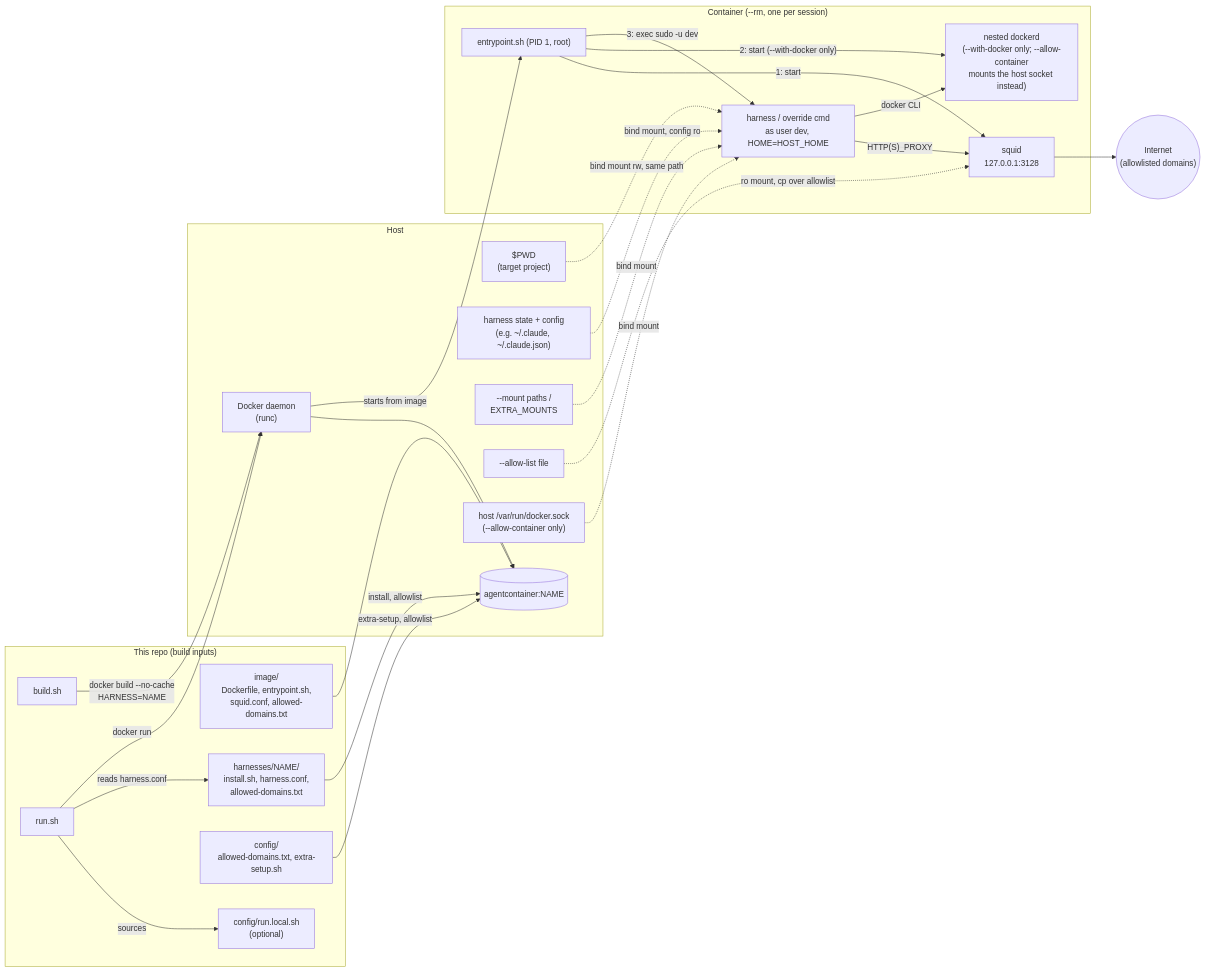
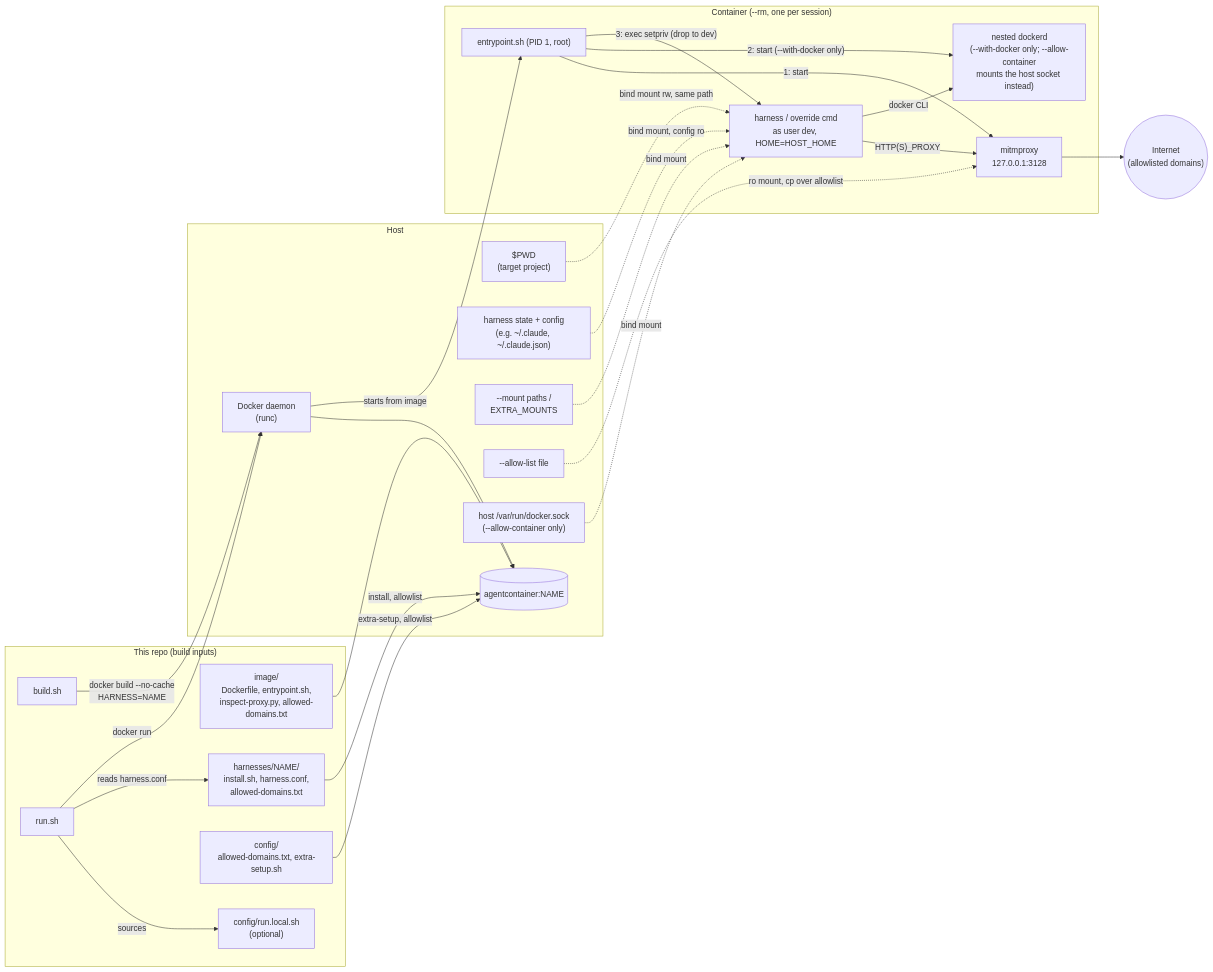
One commit to WildDogOne/Agent-Container changed the diagram in README.md. Above: the diagram before and after it, drawn with Mermaid. The commit also changed other lines of this file and 29 other files, not shown here.

````diff
--- a/README.md
+++ b/README.md
@@ -197,52 +203,52 @@
 ```mermaid
 flowchart LR
     subgraph repo["This repo (build inputs)"]
         buildsh["build.sh"]
-        image_dir["image/<br/>Dockerfile, entrypoint.sh,<br/>squid.conf, allowed-domains.txt"]
+        image_dir["image/<br/>Dockerfile, entrypoint.sh,<br/>inspect-proxy.py, allowed-domains.txt"]
         harness_dir["harnesses/NAME/<br/>install.sh, harness.conf,<br/>allowed-domains.txt"]
         config_dir["config/<br/>allowed-domains.txt, extra-setup.sh"]
         runsh["run.sh"]
         runlocal["config/run.local.sh<br/>(optional)"]
     end
 
     subgraph host["Host"]
         pwd["$PWD<br/>(target project)"]
         harnesscfg["harness state + config<br/>(e.g. ~/.claude, ~/.claude.json)"]
         extramounts["--mount paths /<br/>EXTRA_MOUNTS"]
         allowoverride["--allow-list file"]
         hostsock["host /var/run/docker.sock<br/>(--allow-container only)"]
         dockerd_host["Docker daemon<br/>(runc)"]
         image[("agentcontainer:NAME")]
     end
 
     subgraph ctr["Container (--rm, one per session)"]
         pid1["entrypoint.sh (PID 1, root)"]
-        squid["squid<br/>127.0.0.1:3128"]
+        proxy["mitmproxy<br/>127.0.0.1:3128"]
         innerdockerd["nested dockerd<br/>(--with-docker only; --allow-container<br/>mounts the host socket instead)"]
         devcmd["harness / override cmd<br/>as user dev, HOME=HOST_HOME"]
     end
 
     internet(("Internet<br/>(allowlisted domains)"))
 %% build time
     buildsh -- " docker build --no-cache<br/>HARNESS=NAME " --> dockerd_host
     image_dir --> image
     harness_dir -- " install, allowlist " --> image
     config_dir -- " extra-setup, allowlist " --> image
     dockerd_host --> image
 %% run time
     runsh -- sources --> runlocal
     runsh -- " reads harness.conf " --> harness_dir
     runsh -- " docker run " --> dockerd_host
     dockerd_host -- " starts from image " --> pid1
     pwd -. " bind mount rw, same path " .-> devcmd
     harnesscfg -. " bind mount, config ro " .-> devcmd
     extramounts -. " bind mount " .-> devcmd
-    allowoverride -. " ro mount, cp over allowlist " .-> squid
+    allowoverride -. " ro mount, cp over allowlist " .-> proxy
     hostsock -. " bind mount " .-> devcmd
-    pid1 -- " 1: start " --> squid
+    pid1 -- " 1: start " --> proxy
     pid1 -- " 2: start (--with-docker only) " --> innerdockerd
-    pid1 -- " 3: exec sudo -u dev " --> devcmd
-    devcmd -- " HTTP(S)_PROXY " --> squid
+    pid1 -- " 3: exec setpriv (drop to dev) " --> devcmd
+    devcmd -- " HTTP(S)_PROXY " --> proxy
     devcmd -- " docker CLI " --> innerdockerd
-    squid --> internet
+    proxy --> internet
 ```
````
